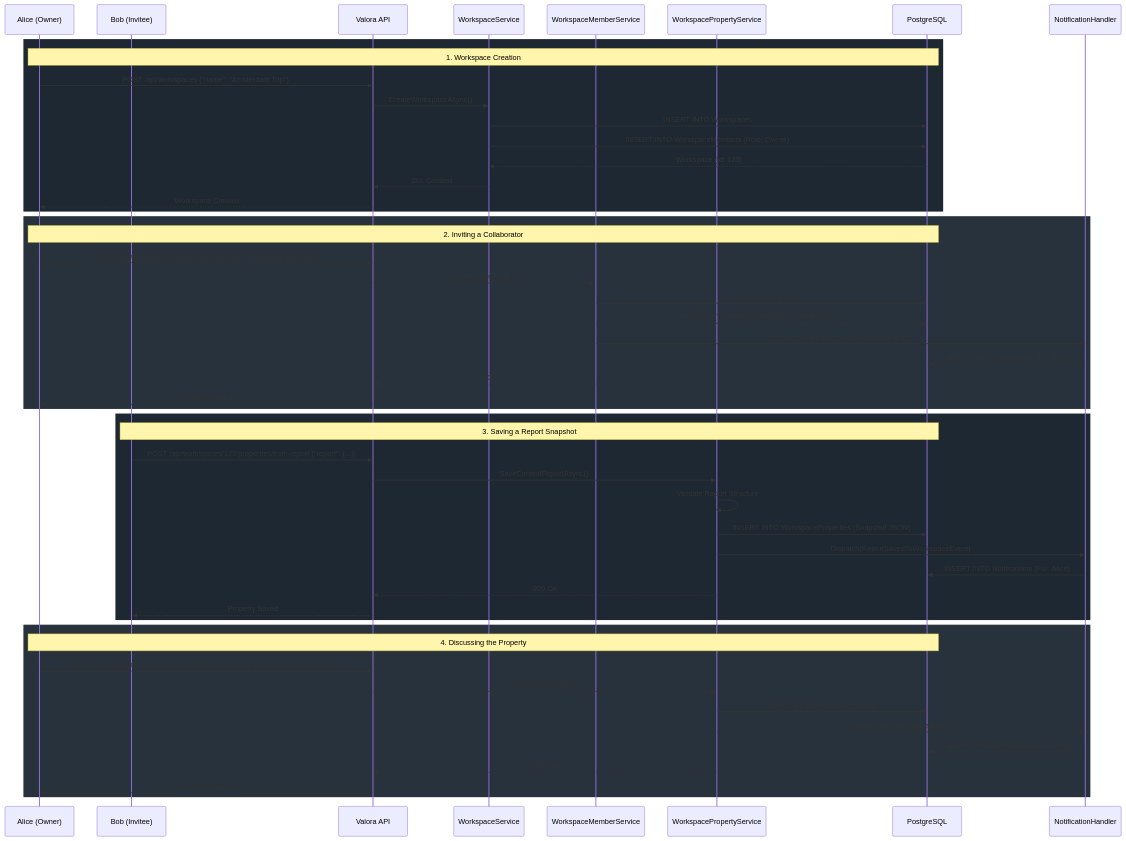
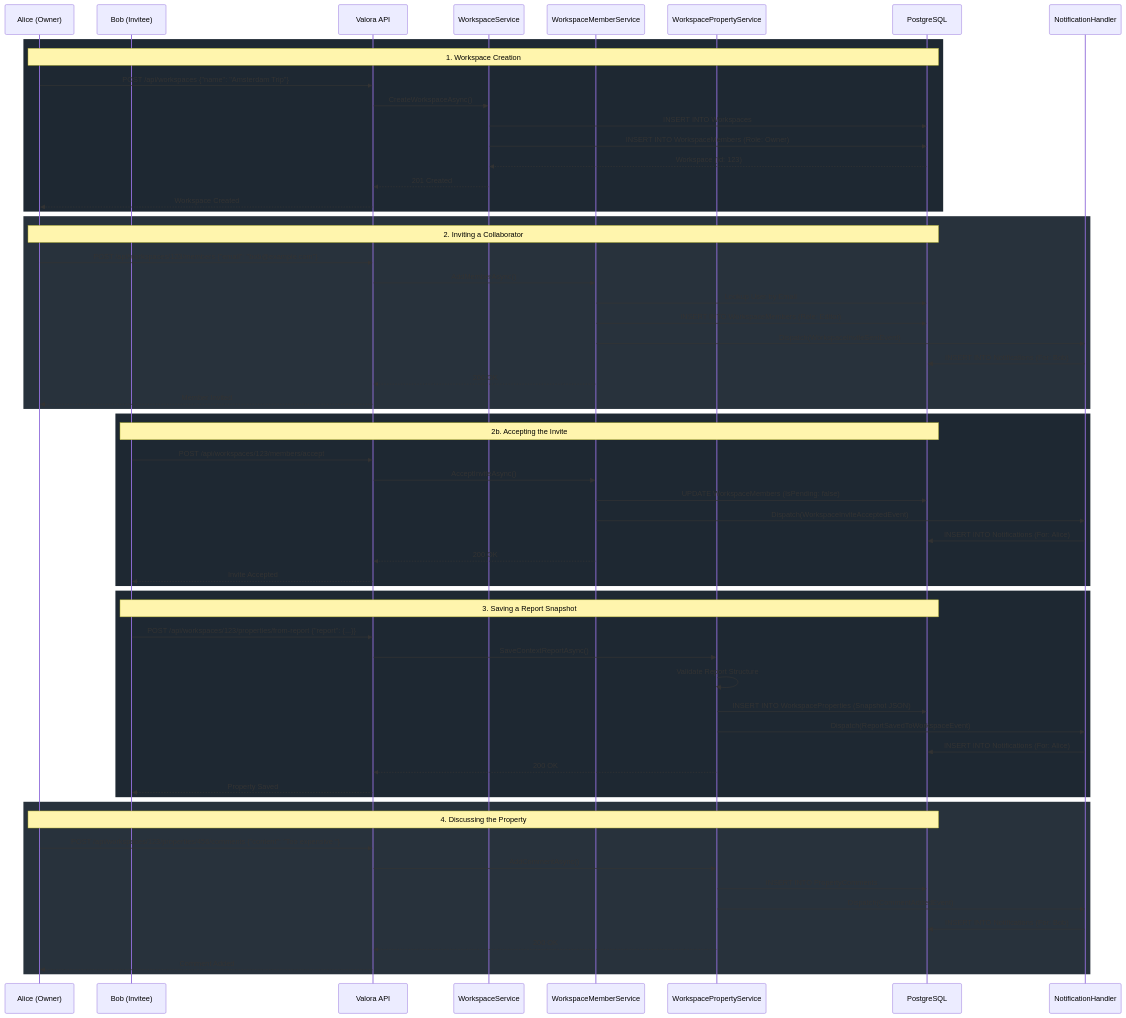
The diagram in docs/onboarding-workspace-flow.md (YKDBontekoe/valora), drawn with Mermaid before and after one commit. The commit also changed 2 other files, not shown here.

Commit message:
ci: fix checkout action version in dependency-review workflow
- Downgrade `actions/checkout@v6` to the valid `actions/checkout@v4` in `.github/workflows/dependency-review.yml` to resolve CI runner failures.

````diff
--- a/docs/onboarding-workspace-flow.md
+++ b/docs/onboarding-workspace-flow.md
@@ -15,61 +15,73 @@
 ```mermaid
 sequenceDiagram
     participant UserA as Alice (Owner)
     participant UserB as Bob (Invitee)
     participant API as Valora API
     participant W_Svc as WorkspaceService
     participant WM_Svc as WorkspaceMemberService
     participant WP_Svc as WorkspacePropertyService
     participant DB as PostgreSQL
     participant Event as NotificationHandler
 
     %% 1. Create Workspace
     rect rgb(30, 40, 50)
         Note over UserA, DB: 1. Workspace Creation
         UserA->>API: POST /api/workspaces {"name": "Amsterdam Trip"}
         API->>W_Svc: CreateWorkspaceAsync()
         W_Svc->>DB: INSERT INTO Workspaces
         W_Svc->>DB: INSERT INTO WorkspaceMembers (Role: Owner)
         DB-->>W_Svc: Workspace (Id: 123)
         W_Svc-->>API: 201 Created
         API-->>UserA: Workspace Created
     end
 
     %% 2. Invite Member
     rect rgb(40, 50, 60)
         Note over UserA, DB: 2. Inviting a Collaborator
         UserA->>API: POST /api/workspaces/123/members {"email": "bob@example.com"}
         API->>WM_Svc: AddMemberAsync()
         WM_Svc->>DB: Lookup User by Email
         WM_Svc->>DB: INSERT INTO WorkspaceMembers (Role: Editor)
-        WM_Svc->>Event: Dispatch(WorkspaceInviteAcceptedEvent)
+        WM_Svc->>Event: Dispatch(WorkspaceInviteSentEvent)
         Event->>DB: INSERT INTO Notifications (For: Bob)
         WM_Svc-->>API: 200 OK
         API-->>UserA: Member Invited
+    end
+
+    %% 2b. Accept Invite
+    rect rgb(30, 40, 50)
+        Note over UserB, DB: 2b. Accepting the Invite
+        UserB->>API: POST /api/workspaces/123/members/accept
+        API->>WM_Svc: AcceptInviteAsync()
+        WM_Svc->>DB: UPDATE WorkspaceMembers (IsPending: false)
+        WM_Svc->>Event: Dispatch(WorkspaceInviteAcceptedEvent)
+        Event->>DB: INSERT INTO Notifications (For: Alice)
+        WM_Svc-->>API: 200 OK
+        API-->>UserB: Invite Accepted
     end
 
     %% 3. Save Report Snapshot
     rect rgb(30, 40, 50)
         Note over UserB, DB: 3. Saving a Report Snapshot
         UserB->>API: POST /api/workspaces/123/properties/from-report {"report": {...}}
         API->>WP_Svc: SaveContextReportAsync()
         WP_Svc->>WP_Svc: Validate Report Structure
         WP_Svc->>DB: INSERT INTO WorkspaceProperties (Snapshot JSON)
         WP_Svc->>Event: Dispatch(ReportSavedToWorkspaceEvent)
         Event->>DB: INSERT INTO Notifications (For: Alice)
         WP_Svc-->>API: 200 OK
         API-->>UserB: Property Saved
     end
 
     %% 4. Add Comment
     rect rgb(40, 50, 60)
         Note over UserA, DB: 4. Discussing the Property
         UserA->>API: POST /api/workspaces/123/properties/456/comments {"content": "Too expensive."}
         API->>WP_Svc: AddCommentAsync()
         WP_Svc->>DB: INSERT INTO PropertyComments
         WP_Svc->>Event: Dispatch(CommentAddedEvent)
         Event->>DB: INSERT INTO Notifications (For: Bob)
         WP_Svc-->>API: 200 OK
         API-->>UserA: Comment Added
     end
 ```
````
